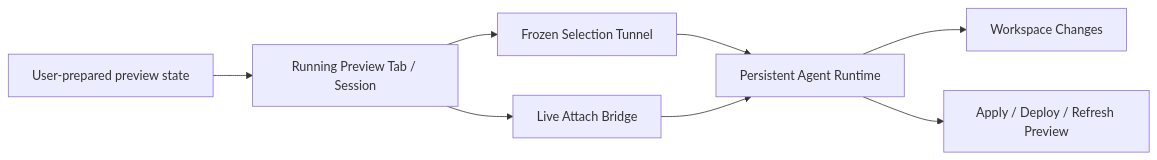
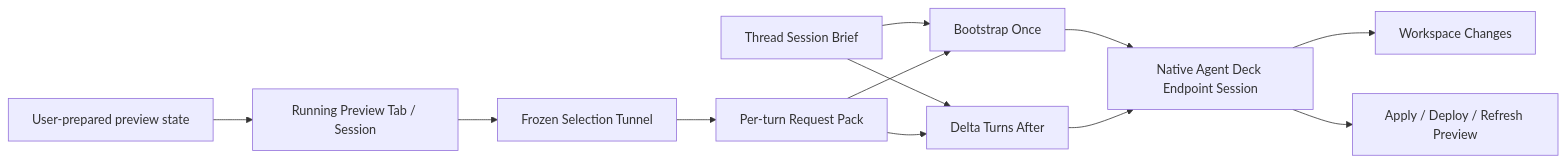
Before and after one commit to arcforgelabs/pixel-forge: the third of 4 diagrams in ARCHITECTURE.md, drawn with Mermaid. The commit also changed other lines of this file and 24 other files, not shown here.

Commit message:
feat: harden native live editor continuity

````diff
--- a/ARCHITECTURE.md
+++ b/ARCHITECTURE.md
@@ -121,10 +167,14 @@
 ```mermaid
 flowchart LR
   User[User-prepared preview state] --> Preview[Running Preview Tab / Session]
   Preview --> Tunnel[Frozen Selection Tunnel]
-  Preview --> Attach[Live Attach Bridge]
-  Tunnel --> Agent[Persistent Agent Runtime]
-  Attach --> Agent
+  Tunnel --> Pack[Per-turn Request Pack]
+  Brief[Thread Session Brief] --> Bootstrap[Bootstrap Once]
+  Brief --> Delta[Delta Turns After]
+  Pack --> Bootstrap
+  Pack --> Delta
+  Bootstrap --> Agent[Native Agent Deck Endpoint Session]
+  Delta --> Agent
   Agent --> Workspace[Workspace Changes]
   Agent --> Apply[Apply / Deploy / Refresh Preview]
 ```
````
